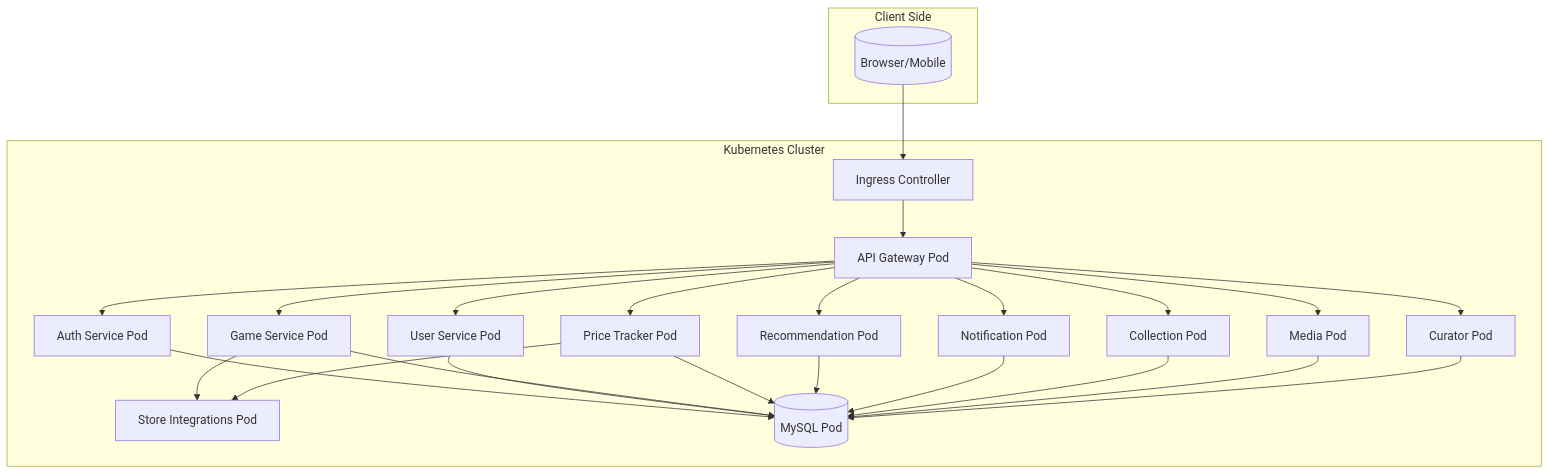
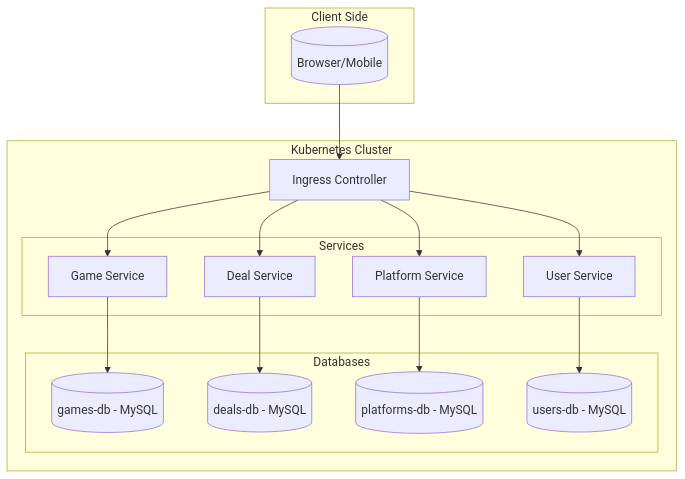
Before and after one commit to sergiuNE/Meta-Gamestore-ChippyGames-: the second of 2 diagrams in analysis/architecture-overview.md, drawn with Mermaid. The commit also changed other lines of this file and 38 other files, not shown here.

````diff
--- a/analysis/architecture-overview.md
+++ b/analysis/architecture-overview.md
@@ -45,48 +46,36 @@
 ```mermaid
 flowchart TD
     subgraph Client Side
         Client[(Browser/Mobile)]
     end
 
     subgraph Kubernetes Cluster
         Ingress[Ingress Controller]
-        Gateway[API Gateway Pod]
-        Auth[Auth Service Pod]
-        User[User Service Pod]
-        Game[Game Service Pod]
-        Price[Price Tracker Pod]
-        Reco[Recommendation Pod]
-        Notify[Notification Pod]
-        Collection[Collection Pod]
-        Media[Media Pod]
-        Curator[Curator Pod]
-        StoreAPI[Store Integrations Pod]
-        DB[(MySQL Pod)]
+       subgraph Services
+            Game[Game Service]
+            Deal[Deal Service]
+            Platform[Platform Service]
+            User[User Service]
+        end
+
+        subgraph Databases
+            GamesDB[(games-db - MySQL)]
+            DealsDB[(deals-db - MySQL)]
+            PlatformsDB[(platforms-db - MySQL)]
+            UsersDB[(users-db - MySQL)]
+        end
     end
 
+    %% Ingress routing
     Client --> Ingress
-    Ingress --> Gateway
+    Ingress --> Game
+    Ingress --> Deal
+    Ingress --> Platform
+    Ingress --> User
 
-    Gateway --> Auth
-    Gateway --> User
-    Gateway --> Game
-    Gateway --> Price
-    Gateway --> Reco
-    Gateway --> Notify
-    Gateway --> Collection
-    Gateway --> Media
-    Gateway --> Curator
-
-    Game --> StoreAPI
-    Price --> StoreAPI
-
-    Auth --> DB
-    User --> DB
-    Game --> DB
-    Price --> DB
-    Reco --> DB
-    Notify --> DB
-    Collection --> DB
-    Media --> DB
-    Curator --> DB
+    %% Service to DB connections
+    Game --> GamesDB
+    Deal --> DealsDB
+    Platform --> PlatformsDB
+    User --> UsersDB
 ```
````
